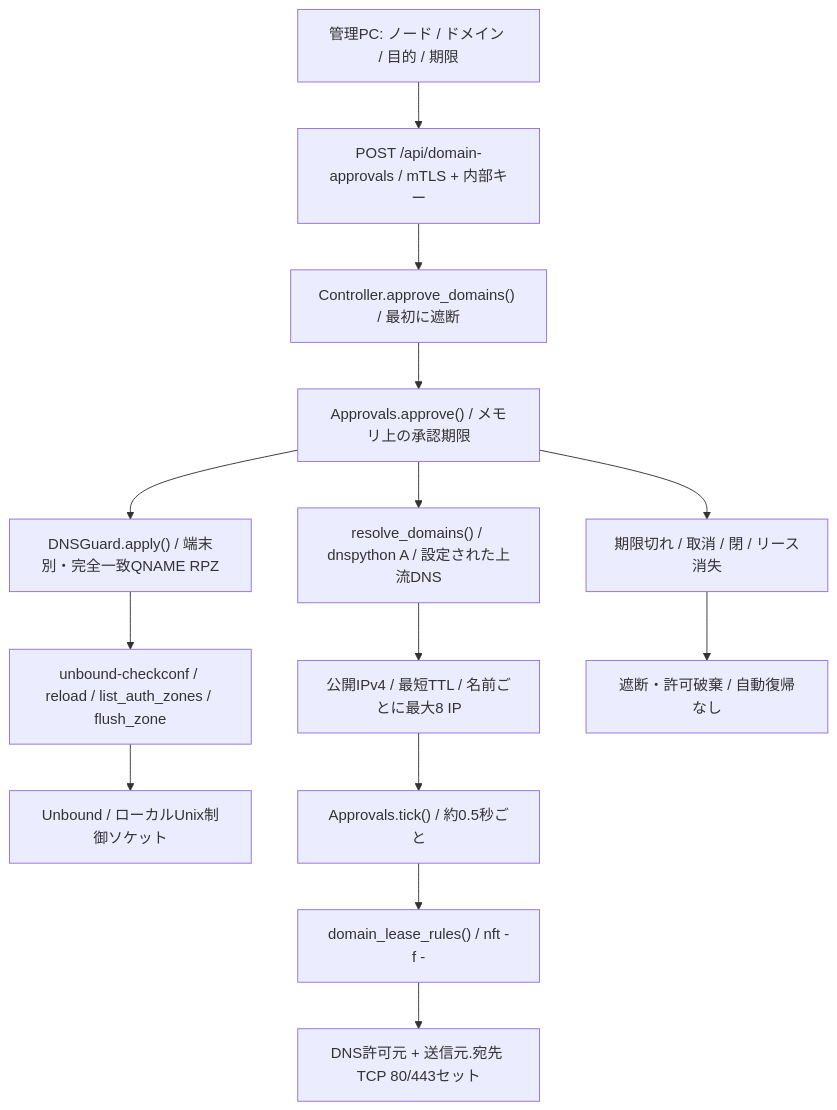
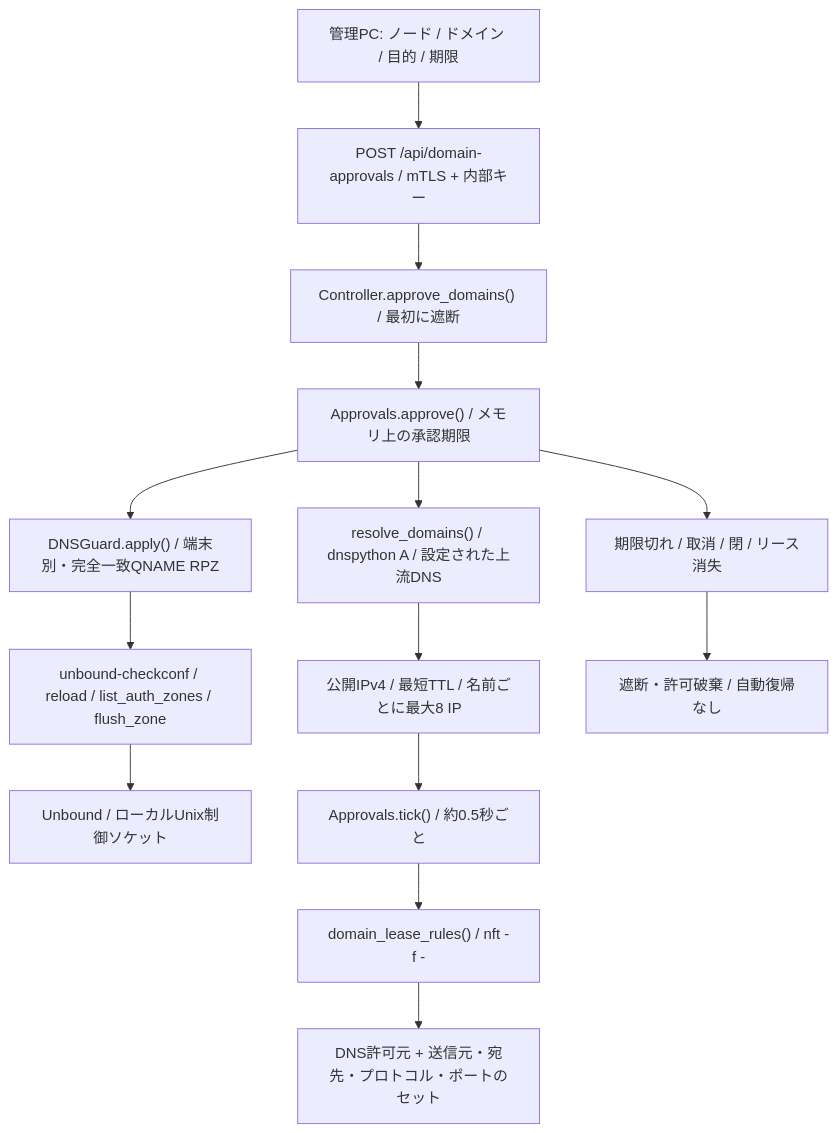
Before and after one commit to ysuito/RabbitWall: the eighth of 8 diagrams in docs/PROGRAM_FLOW.ja.md, drawn with Mermaid. The commit also changed 22 other files, not shown here.

````diff
--- a/docs/PROGRAM_FLOW.ja.md
+++ b/docs/PROGRAM_FLOW.ja.md
@@ -336,16 +336,16 @@
 ```mermaid
 flowchart TB
     Human["管理PC: ノード / ドメイン / 目的 / 期限"] --> API["POST /api/domain-approvals / mTLS + 内部キー"]
     API --> Controller["Controller.approve_domains() / 最初に遮断"]
     Controller --> Grant["Approvals.approve() / メモリ上の承認期限"]
     Grant --> RPZ["DNSGuard.apply() / 端末別・完全一致QNAME RPZ"]
     RPZ --> Check["unbound-checkconf / reload / list_auth_zones / flush_zone"]
     Check --> DNS["Unbound / ローカルUnix制御ソケット"]
     Grant --> Worker["resolve_domains() / dnspython A / 設定された上流DNS"]
     Worker --> Answers["公開IPv4 / 最短TTL / 名前ごとに最大8 IP"]
     Answers --> Tick["Approvals.tick() / 約0.5秒ごと"]
     Tick --> Lease["domain_lease_rules() / nft -f -"]
-    Lease --> Kernel["DNS許可元 + 送信元.宛先 TCP 80/443セット"]
+    Lease --> Kernel["DNS許可元 + 送信元・宛先・プロトコル・ポートのセット"]
     Grant --> End["期限切れ / 取消 / 閉 / リース消失"]
     End --> Close["遮断・許可破棄 / 自動復帰なし"]
 ```
````
